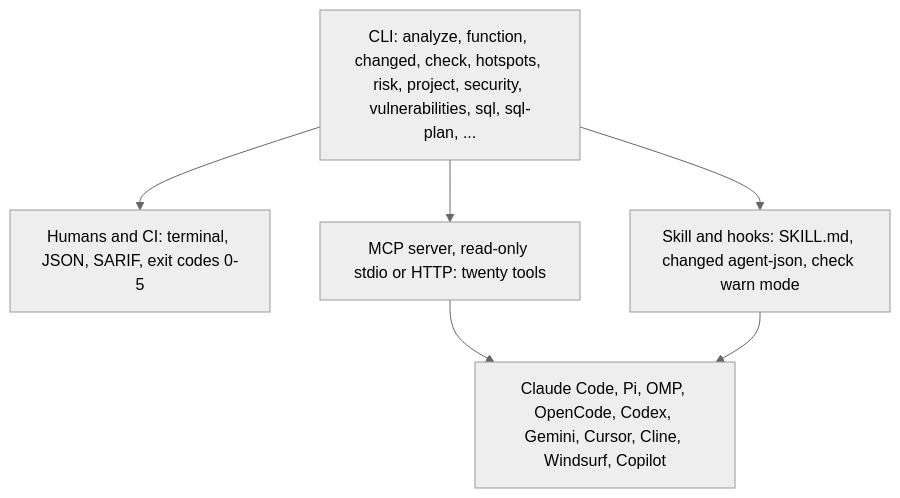
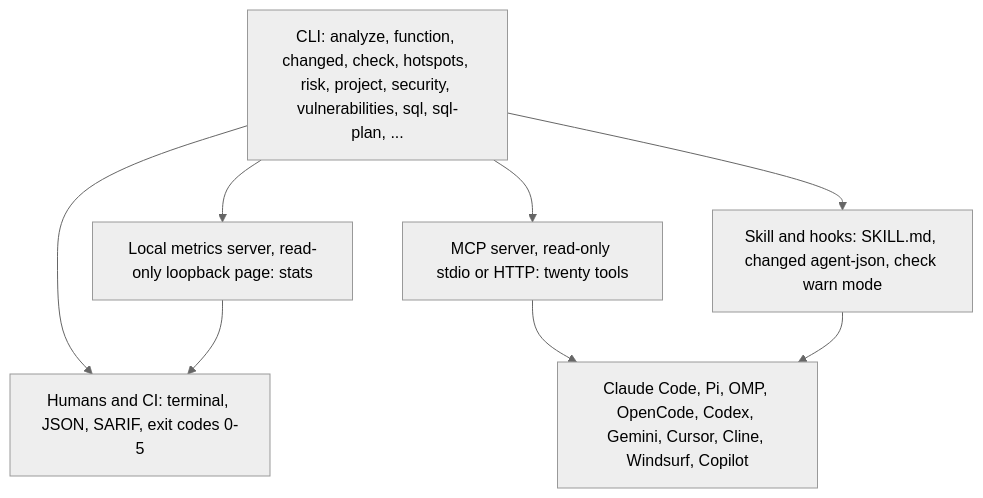
Before and after one commit to jbt95/leadline: the second of 3 diagrams in README.md, drawn with Mermaid (neutral theme). The commit also changed other lines of this file and 3 other files, not shown here.

````diff
--- a/README.md
+++ b/README.md
@@ -105,9 +120,11 @@
 ```mermaid
 flowchart TD
     CLI["CLI: analyze, function, changed, check, hotspots, risk, project, security, vulnerabilities, sql, sql-plan, ..."]
     CLI --> Human["Humans and CI: terminal, JSON, SARIF, exit codes 0-5"]
     CLI --> MCP["MCP server, read-only stdio or HTTP: twenty tools"]
     MCP --> Harnesses["Claude Code, Pi, OMP, OpenCode, Codex, Gemini, Cursor, Cline, Windsurf, Copilot"]
+    CLI --> Stats["Local metrics server, read-only loopback page: stats"]
+    Stats --> Human
     CLI --> Skill["Skill and hooks: SKILL.md, changed agent-json, check warn mode"]
     Skill --> Harnesses
 ```
````
